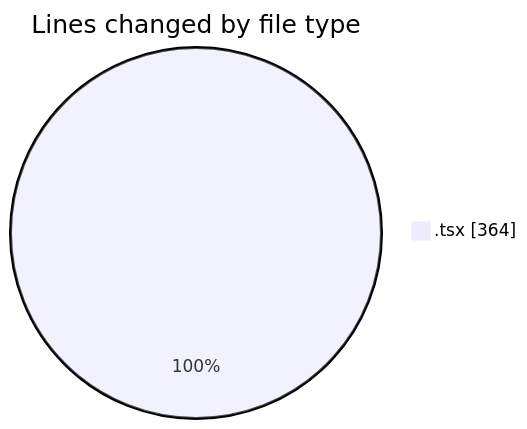
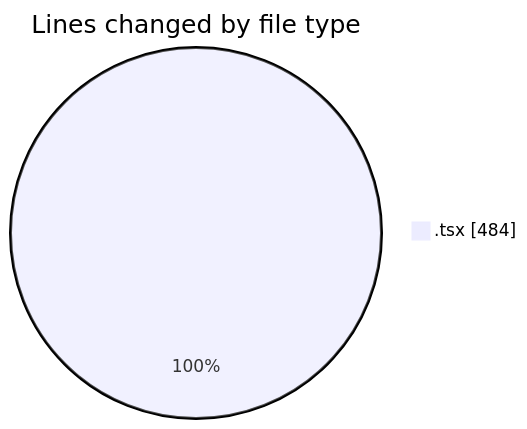
One commit to NitaiMahat/code-tracking changed the first of 2 diagrams in 2025-08-07/pif/README.md. Above: the diagram before and after it, drawn with Mermaid. The commit also changed other lines of this file and 1 other file, not shown here.

````diff
--- a/2025-08-07/pif/README.md
+++ b/2025-08-07/pif/README.md
@@ -20,5 +20,5 @@
 ```mermaid
 pie showData
 title Lines changed by file type
-".tsx" : 364
+".tsx" : 484
 ```
````
